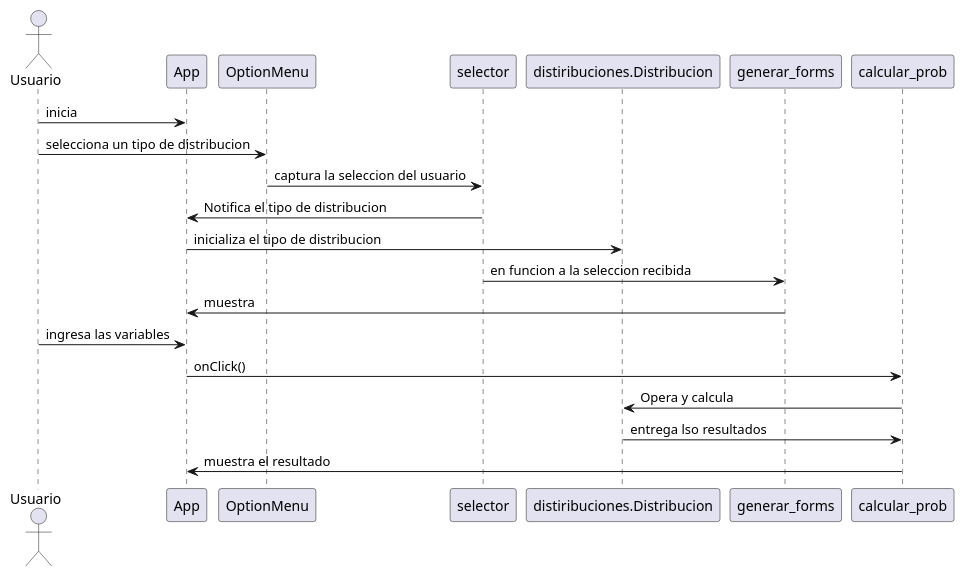
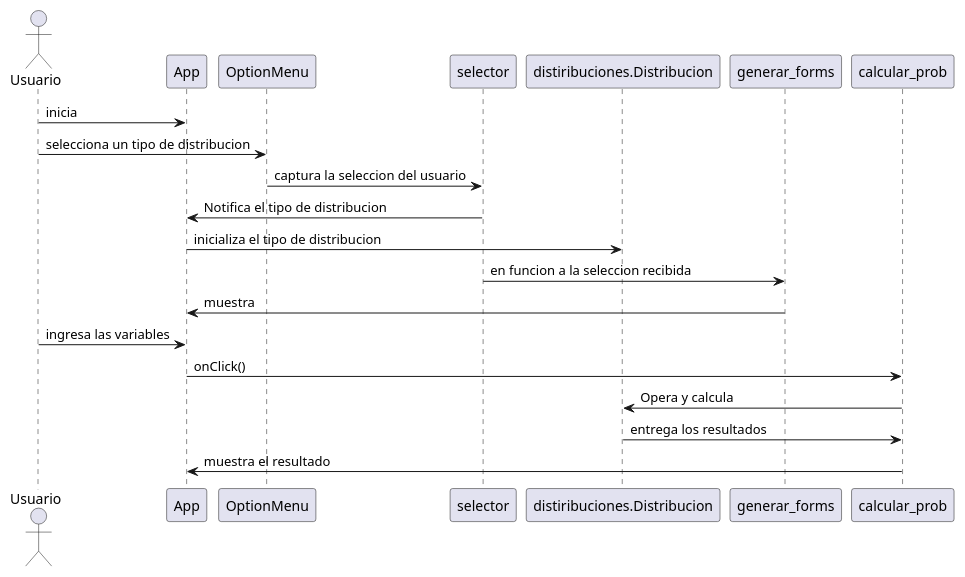
The second of 2 diagrams in diag_secuencia.plantuml (Lixxxo/CalculadoraDistribucionesDiscretas), drawn with PlantUML before and after one commit. The commit also changed 5 other files, not shown here.

```diff
--- a/diag_secuencia.plantuml
+++ b/diag_secuencia.plantuml
@@ -17,18 +17,18 @@
 @startuml diagrama to be
 actor Usuario
 
 
 Usuario -> App:inicia
 Usuario -> OptionMenu: selecciona un tipo de distribucion
 OptionMenu-> selector:captura la seleccion del usuario
 selector->App:Notifica el tipo de distribucion
 App->distiribuciones.Distribucion: inicializa el tipo de distribucion
 selector -> generar_forms:en funcion a la seleccion recibida
 generar_forms -> App:muestra
 Usuario -> App:ingresa las variables
 App -> calcular_prob:onClick()
 calcular_prob -> distiribuciones.Distribucion:Opera y calcula
-distiribuciones.Distribucion->calcular_prob:entrega lso resultados
+distiribuciones.Distribucion->calcular_prob:entrega los resultados
 calcular_prob->App:muestra el resultado
 
 @enduml
```
